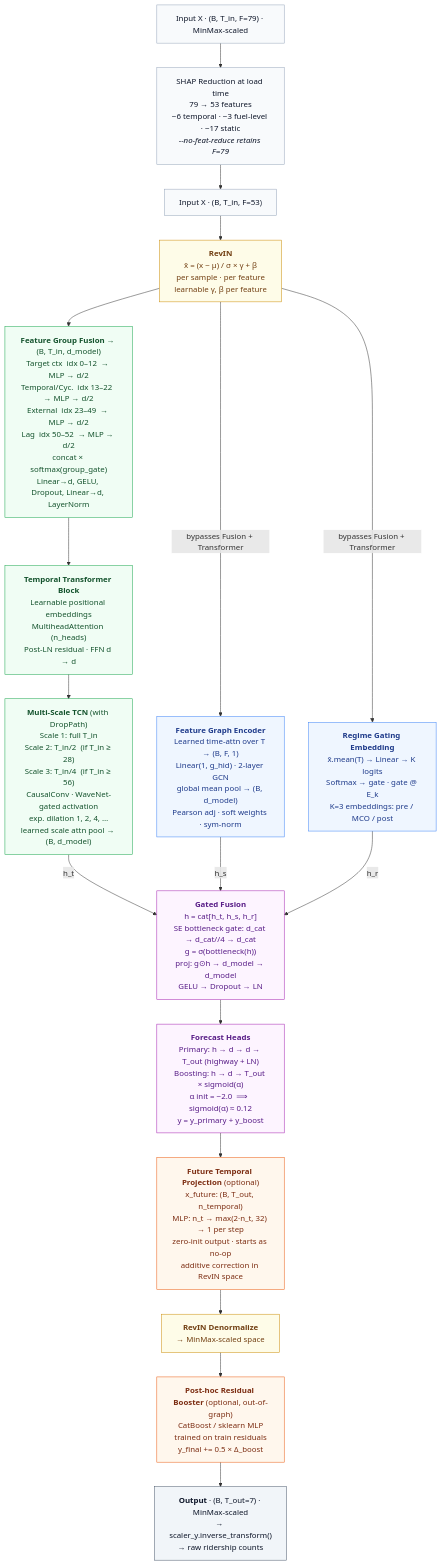
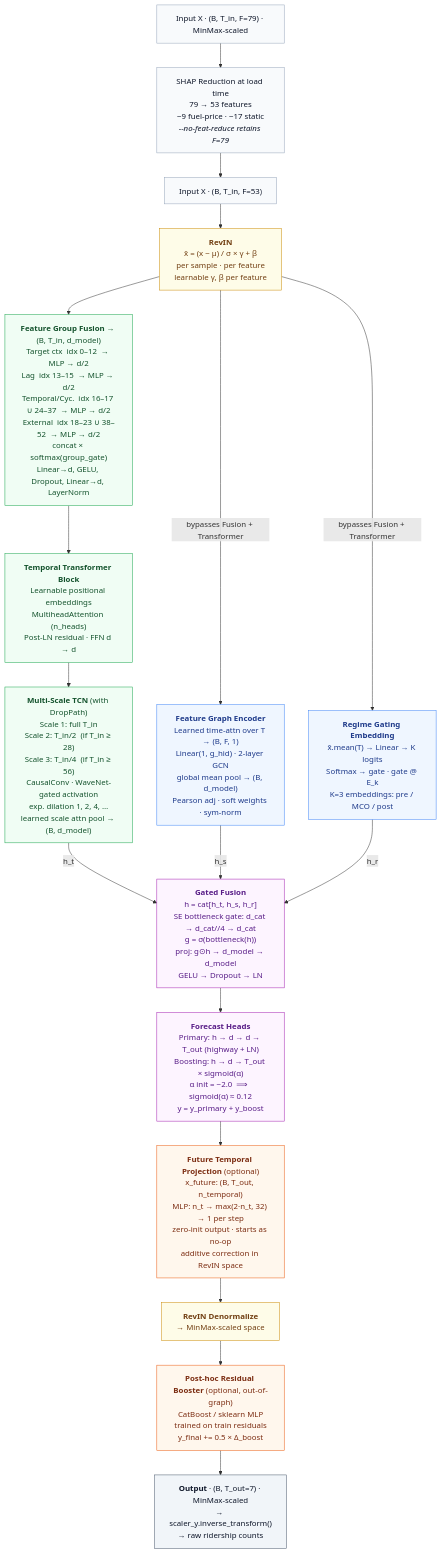
One commit to NightfuryEquinn/Ridership changed the diagram in src/models/hybrid/HMT-TSF.md. Above: the diagram before and after it, drawn with Mermaid. The commit also changed other lines of this file and 10 other files, not shown here.

````diff
--- a/src/models/hybrid/HMT-TSF.md
+++ b/src/models/hybrid/HMT-TSF.md
@@ -126,56 +126,56 @@
 ```mermaid
 flowchart TD
     IN79["Input X · (B, T_in, F=79) · MinMax-scaled"]
-    SHAP["SHAP Reduction at load time<br/>79 → 53 features<br/>−6 temporal · −3 fuel-level · −17 static<br/><i>--no-feat-reduce retains F=79</i>"]
+    SHAP["SHAP Reduction at load time<br/>79 → 53 features<br/>−9 fuel-price · −17 static<br/><i>--no-feat-reduce retains F=79</i>"]
     IN53["Input X · (B, T_in, F=53)"]
 
     REVIN["<b>RevIN</b><br/>x̂ = (x − μ) / σ × γ + β<br/>per sample · per feature<br/>learnable γ, β per feature"]
 
-    FGF["<b>Feature Group Fusion</b> → (B, T_in, d_model)<br/>Target ctx  idx 0–12  → MLP → d/2<br/>Temporal/Cyc.  idx 13–22  → MLP → d/2<br/>External  idx 23–49  → MLP → d/2<br/>Lag  idx 50–52  → MLP → d/2<br/>concat × softmax(group_gate)<br/>Linear→d, GELU, Dropout, Linear→d, LayerNorm"]
+    FGF["<b>Feature Group Fusion</b> → (B, T_in, d_model)<br/>Target ctx  idx 0–12  → MLP → d/2<br/>Lag  idx 13–15  → MLP → d/2<br/>Temporal/Cyc.  idx 16–17 ∪ 24–37  → MLP → d/2<br/>External  idx 18–23 ∪ 38–52  → MLP → d/2<br/>concat × softmax(group_gate)<br/>Linear→d, GELU, Dropout, Linear→d, LayerNorm"]
 
     TTB["<b>Temporal Transformer Block</b><br/>Learnable positional embeddings<br/>MultiheadAttention (n_heads)<br/>Post-LN residual · FFN d → d"]
 
     TCN["<b>Multi-Scale TCN</b> (with DropPath)<br/>Scale 1: full T_in<br/>Scale 2: T_in/2  (if T_in ≥ 28)<br/>Scale 3: T_in/4  (if T_in ≥ 56)<br/>CausalConv · WaveNet-gated activation<br/>exp. dilation 1, 2, 4, …<br/>learned scale attn pool → (B, d_model)"]
 
     GCN["<b>Feature Graph Encoder</b><br/>Learned time-attn over T → (B, F, 1)<br/>Linear(1, g_hid) · 2-layer GCN<br/>global mean pool → (B, d_model)<br/>Pearson adj · soft weights · sym-norm"]
 
     RGE["<b>Regime Gating Embedding</b><br/>x̂.mean(T) → Linear → K logits<br/>Softmax → gate · gate @ E_k<br/>K=3 embeddings: pre / MCO / post"]
 
     GF["<b>Gated Fusion</b><br/>h = cat[h_t, h_s, h_r]<br/>SE bottleneck gate: d_cat → d_cat//4 → d_cat<br/>g = σ(bottleneck(h))<br/>proj: g⊙h → d_model → d_model<br/>GELU → Dropout → LN"]
 
     FH["<b>Forecast Heads</b><br/>Primary: h → d → d → T_out (highway + LN)<br/>Boosting: h → d → T_out × sigmoid(α)<br/>α init = −2.0  ⟹  sigmoid(α) ≈ 0.12<br/>y = y_primary + y_boost"]
 
     FTP["<b>Future Temporal Projection</b> (optional)<br/>x_future: (B, T_out, n_temporal)<br/>MLP: n_t → max(2·n_t, 32) → 1 per step<br/>zero-init output · starts as no-op<br/>additive correction in RevIN space"]
 
     REVIND["<b>RevIN Denormalize</b><br/>→ MinMax-scaled space"]
 
     BOOST["<b>Post-hoc Residual Booster</b> (optional, out-of-graph)<br/>CatBoost / sklearn MLP<br/>trained on train residuals<br/>y_final += 0.5 × Δ_boost"]
 
     OUT["<b>Output</b> · (B, T_out=7) · MinMax-scaled<br/>→ scaler_y.inverse_transform()<br/>→ raw ridership counts"]
 
     IN79   --> SHAP --> IN53 --> REVIN
     REVIN  --> FGF
     REVIN  -- "bypasses Fusion + Transformer" --> GCN
     REVIN  -- "bypasses Fusion + Transformer" --> RGE
     FGF    --> TTB --> TCN
     TCN    -->|h_t| GF
     GCN    -->|h_s| GF
     RGE    -->|h_r| GF
     GF     --> FH --> FTP --> REVIND --> BOOST --> OUT
 
     classDef default  fill:#f8fafc,stroke:#94a3b8,color:#0f172a
     classDef norm     fill:#fefce8,stroke:#ca8a04,color:#713f12
     classDef fusion   fill:#f0fdf4,stroke:#16a34a,color:#14532d
     classDef bypass   fill:#eff6ff,stroke:#3b82f6,color:#1e3a8a
     classDef head     fill:#fdf4ff,stroke:#a21caf,color:#581c87
     classDef optional fill:#fff7ed,stroke:#ea580c,color:#7c2d12
     classDef out      fill:#f1f5f9,stroke:#475569,color:#0f172a
 
     class REVIN,REVIND norm
     class FGF,TTB,TCN fusion
     class GCN,RGE bypass
     class GF head
     class FH head
     class FTP,BOOST optional
     class OUT out
 ```
````
